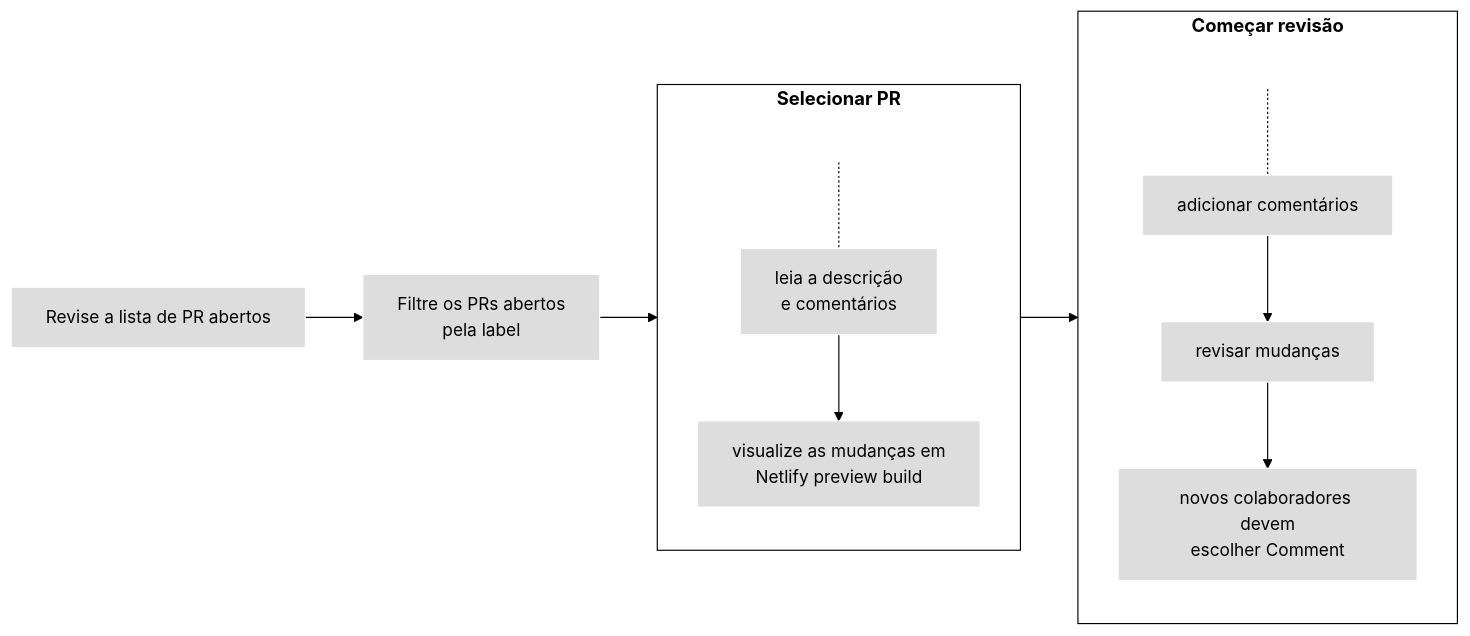
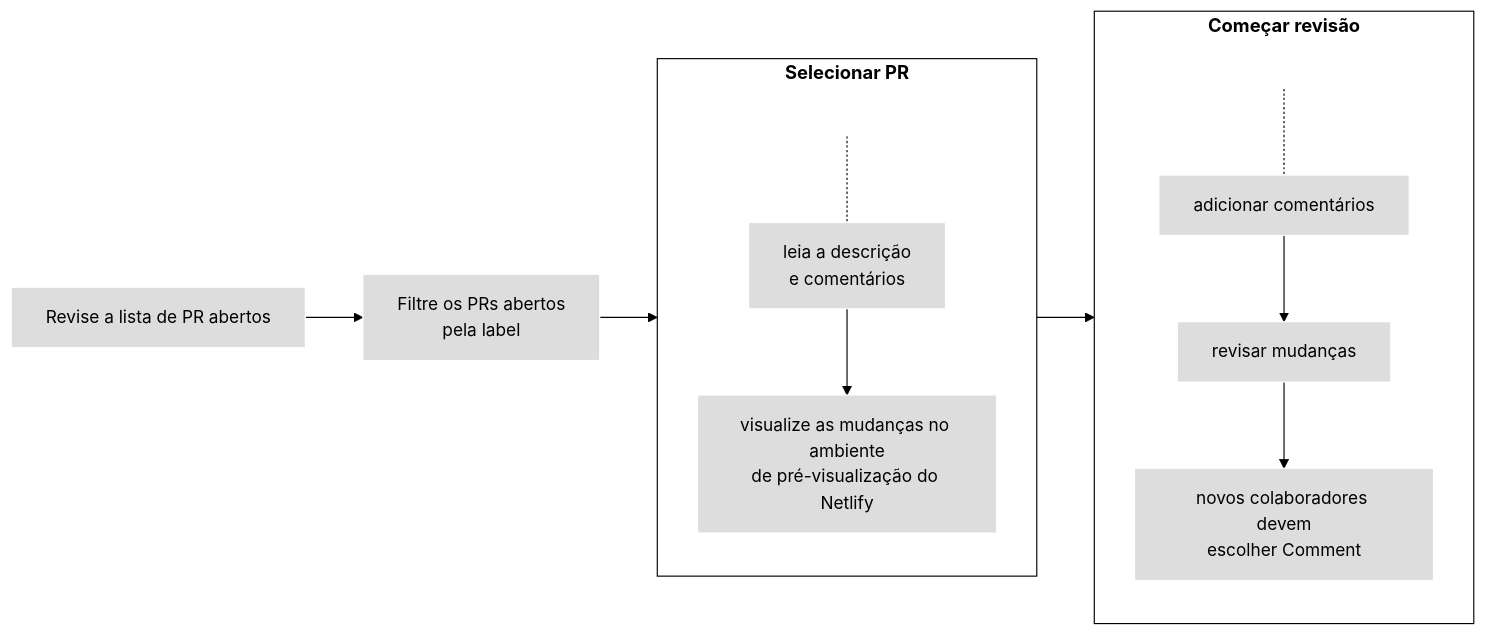
One commit to KimSJ15/kubernetes_website changed the diagram in content/pt-br/docs/contribute/review/reviewing-prs.md. Above: the diagram before and after it, drawn with Mermaid (forest theme). The commit also changed other lines of this file, not shown here.

```diff
--- a/content/pt-br/docs/contribute/review/reviewing-prs.md
+++ b/content/pt-br/docs/contribute/review/reviewing-prs.md
@@ -43,25 +43,25 @@
 {{< mermaid >}}
 flowchart LR
     subgraph fourth[Começar revisão]
     direction TB
     S[ ] -.-
     M[adicionar comentários] --> N[revisar mudanças]
     N --> O[novos colaboradores devem<br>escolher Comment]
     end
     subgraph third[Selecionar PR]
     direction TB
     T[ ] -.-
-    J[leia a descrição<br>e comentários]--> K[visualize as mudanças em<br>Netlify preview build]
+    J[leia a descrição<br>e comentários]--> K[visualize as mudanças no ambiente<br>de pré-visualização do Netlify]
     end
  
   A[Revise a lista de PR abertos]--> B[Filtre os PRs abertos<br>pela label]
   B --> third --> fourth
      
 
 classDef grey fill:#dddddd,stroke:#ffffff,stroke-width:px,color:#000000, font-size:15px;
 classDef white fill:#ffffff,stroke:#000,stroke-width:px,color:#000,font-weight:bold
 classDef spacewhite fill:#ffffff,stroke:#fff,stroke-width:0px,color:#000
 class A,B,J,K,M,N,O grey
 class S,T spacewhite
 class third,fourth white
 {{</ mermaid >}}
```
